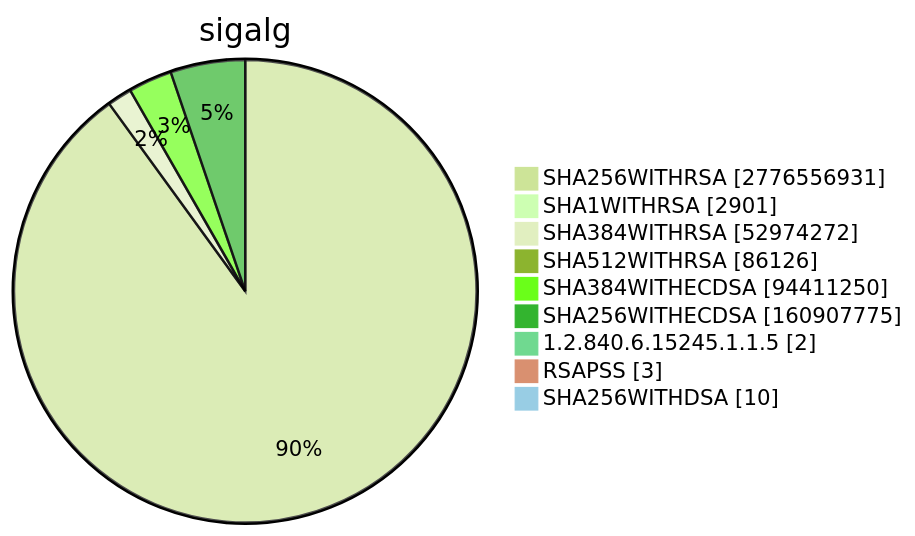
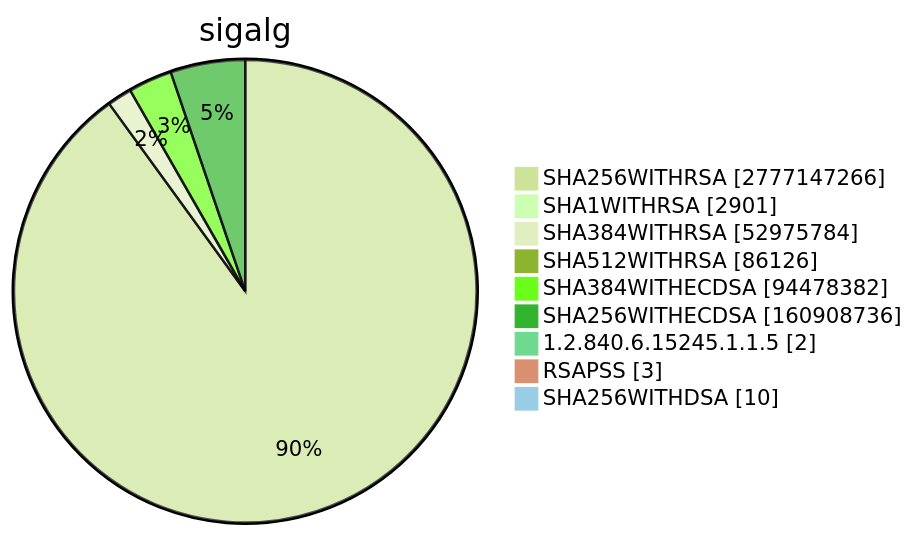
Diagram 15 of 15 in TOTAL/README.md (christiankrug/ctmonitor_visualization), drawn with Mermaid (forest theme) before and after one commit. The commit also changed other lines of this file, not shown here.

````diff
--- a/TOTAL/README.md
+++ b/TOTAL/README.md
@@ -6207,13 +6207,13 @@
 ```mermaid
 pie showData
 title sigalg
-"SHA256WITHRSA" :2776556931
+"SHA256WITHRSA" :2777147266
 "SHA1WITHRSA" :2901
-"SHA384WITHRSA" :52974272
+"SHA384WITHRSA" :52975784
 "SHA512WITHRSA" :86126
-"SHA384WITHECDSA" :94411250
-"SHA256WITHECDSA" :160907775
+"SHA384WITHECDSA" :94478382
+"SHA256WITHECDSA" :160908736
 "1.2.840.6.15245.1.1.5" :2
 "RSAPSS" :3
 "SHA256WITHDSA" :10
 ```
````
